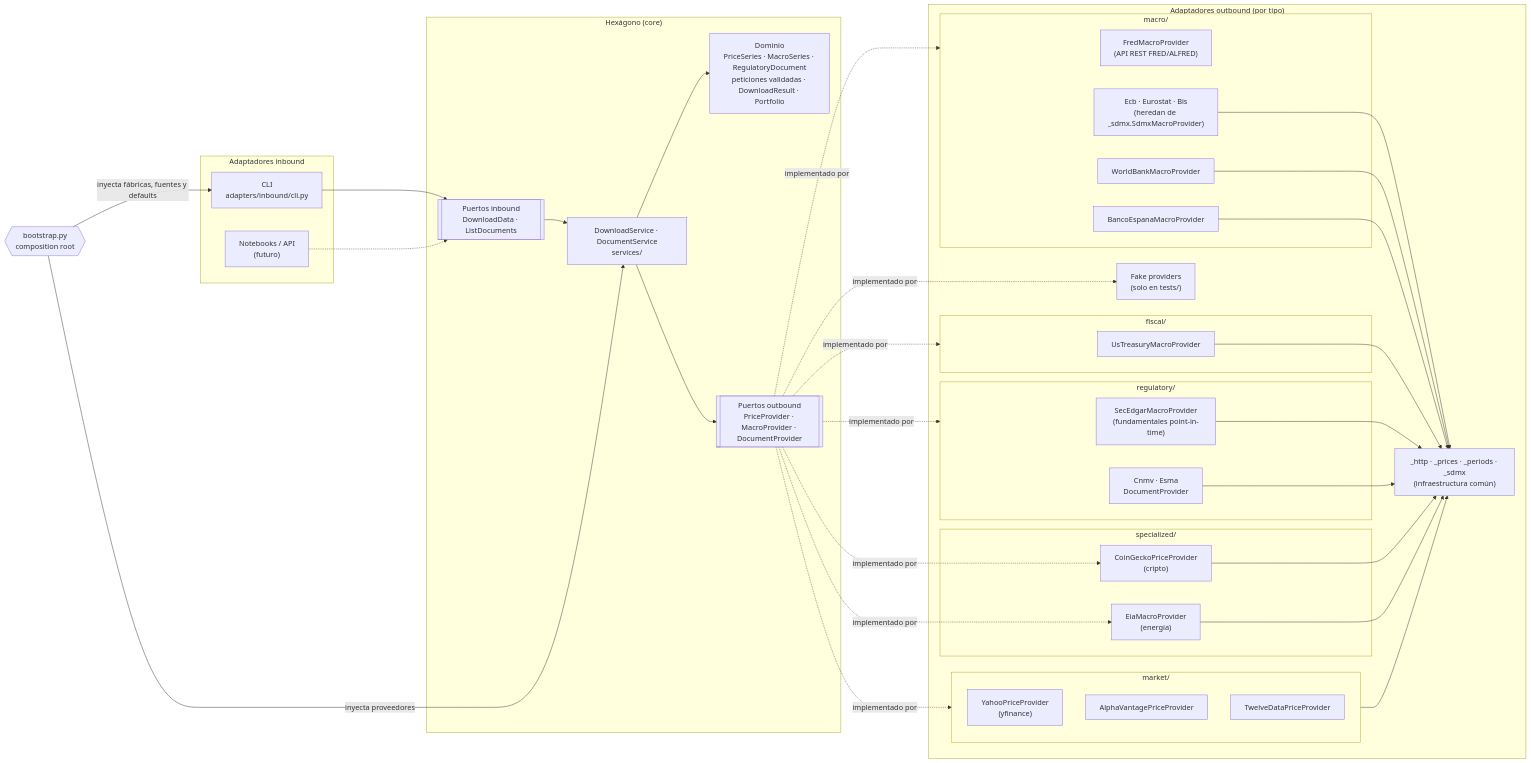
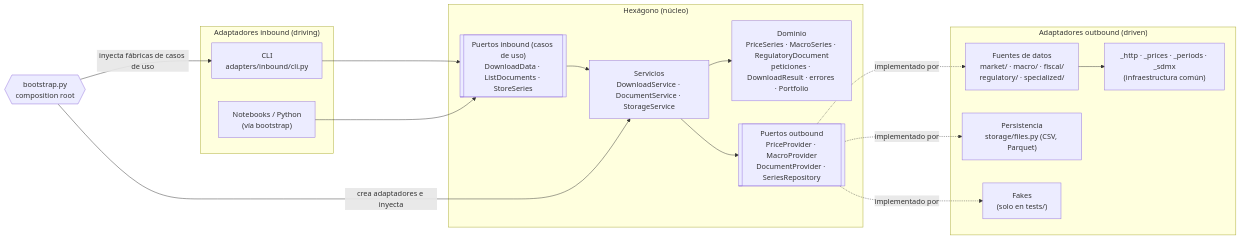
One commit to art3mvp/quant-finance-toolkit changed the diagram in docs/architecture.md. Above: the diagram before and after it, drawn with Mermaid. The commit also changed other lines of this file and 17 other files, not shown here.

First line of the commit message:
refactor(core): move persistence behind an outbound port and tighten dependency rules

````diff
--- a/docs/architecture.md
+++ b/docs/architecture.md
@@ -9,67 +32,35 @@
 ```mermaid
 flowchart LR
-    subgraph IN["Adaptadores inbound"]
+    subgraph IN["Adaptadores inbound (driving)"]
         CLI["CLI<br/>adapters/inbound/cli.py"]
-        NB["Notebooks / API<br/>(futuro)"]
+        NB["Notebooks / Python<br/>(vía bootstrap)"]
     end
 
-    subgraph HEX["Hexágono (core)"]
-        PIN[["Puertos inbound<br/>DownloadData · ListDocuments"]]
-        SVC["DownloadService · DocumentService<br/>services/"]
-        DOM["Dominio<br/>PriceSeries · MacroSeries · RegulatoryDocument<br/>peticiones validadas · DownloadResult · Portfolio"]
-        POUT[["Puertos outbound<br/>PriceProvider · MacroProvider · DocumentProvider"]]
+    subgraph HEX["Hexágono (núcleo)"]
+        PIN[["Puertos inbound (casos de uso)<br/>DownloadData · ListDocuments · StoreSeries"]]
+        SVC["Servicios<br/>DownloadService · DocumentService · StorageService"]
+        DOM["Dominio<br/>PriceSeries · MacroSeries · RegulatoryDocument<br/>peticiones · DownloadResult · errores · Portfolio"]
+        POUT[["Puertos outbound<br/>PriceProvider · MacroProvider<br/>DocumentProvider · SeriesRepository"]]
         PIN --> SVC
         SVC --> DOM
         SVC --> POUT
     end
 
-    subgraph OUT["Adaptadores outbound (por tipo)"]
-        subgraph MKT["market/"]
-            YF["YahooPriceProvider<br/>(yfinance)"]
-            AV["AlphaVantagePriceProvider"]
-            TD["TwelveDataPriceProvider"]
-        end
-        subgraph MAC["macro/"]
-            FRED["FredMacroProvider<br/>(API REST FRED/ALFRED)"]
-            SDMX["Ecb · Eurostat · Bis<br/>(heredan de _sdmx.SdmxMacroProvider)"]
-            WB["WorldBankMacroProvider"]
-            BDE["BancoEspanaMacroProvider"]
-        end
-        subgraph FIS["fiscal/"]
-            UST["UsTreasuryMacroProvider"]
-        end
-        subgraph REG["regulatory/"]
-            SEC["SecEdgarMacroProvider<br/>(fundamentales point-in-time)"]
-            DOCS["Cnmv · Esma<br/>DocumentProvider"]
-        end
-        subgraph SPE["specialized/"]
-            CG["CoinGeckoPriceProvider<br/>(cripto)"]
-            EIA["EiaMacroProvider<br/>(energía)"]
-        end
+    subgraph OUT["Adaptadores outbound (driven)"]
+        SRC["Fuentes de datos<br/>market/ · macro/ · fiscal/<br/>regulatory/ · specialized/"]
+        STO["Persistencia<br/>storage/files.py (CSV, Parquet)"]
         HTTP["_http · _prices · _periods · _sdmx<br/>(infraestructura común)"]
-        FAKE["Fake providers<br/>(solo en tests/)"]
+        FAKE["Fakes<br/>(solo en tests/)"]
+        SRC --> HTTP
     end
 
     CLI --> PIN
-    NB -.-> PIN
-    POUT -. implementado por .-> MKT
-    POUT -. implementado por .-> MAC
-    POUT -. implementado por .-> FIS
-    POUT -. implementado por .-> REG
-    POUT -. implementado por .-> CG
-    POUT -. implementado por .-> EIA
+    NB --> PIN
+    POUT -. implementado por .-> SRC
+    POUT -. implementado por .-> STO
     POUT -. implementado por .-> FAKE
-    MKT --> HTTP
-    SDMX --> HTTP
-    WB --> HTTP
-    BDE --> HTTP
-    UST --> HTTP
-    SEC --> HTTP
-    DOCS --> HTTP
-    CG --> HTTP
-    EIA --> HTTP
 
     BOOT{{"bootstrap.py<br/>composition root"}}
-    BOOT -- inyecta proveedores --> SVC
-    BOOT -- inyecta fábricas, fuentes y defaults --> CLI
+    BOOT -- crea adaptadores e inyecta --> SVC
+    BOOT -- inyecta fábricas de casos de uso --> CLI
 ```
````
